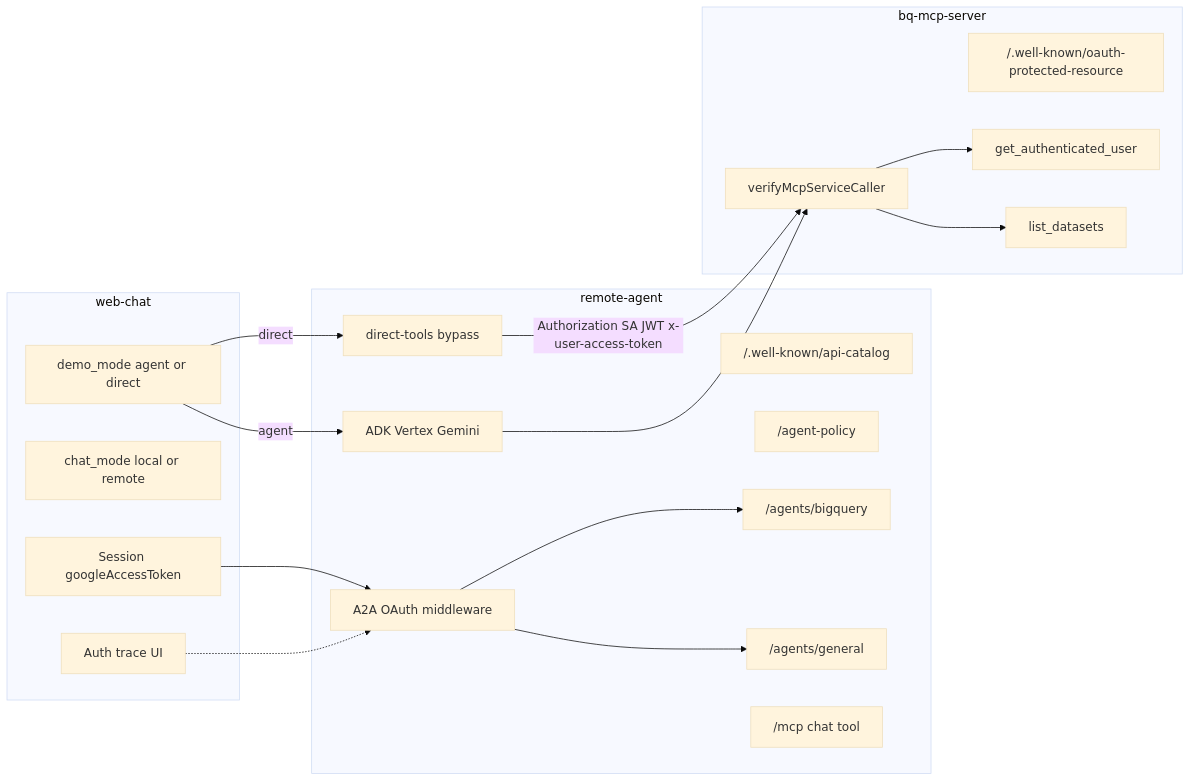
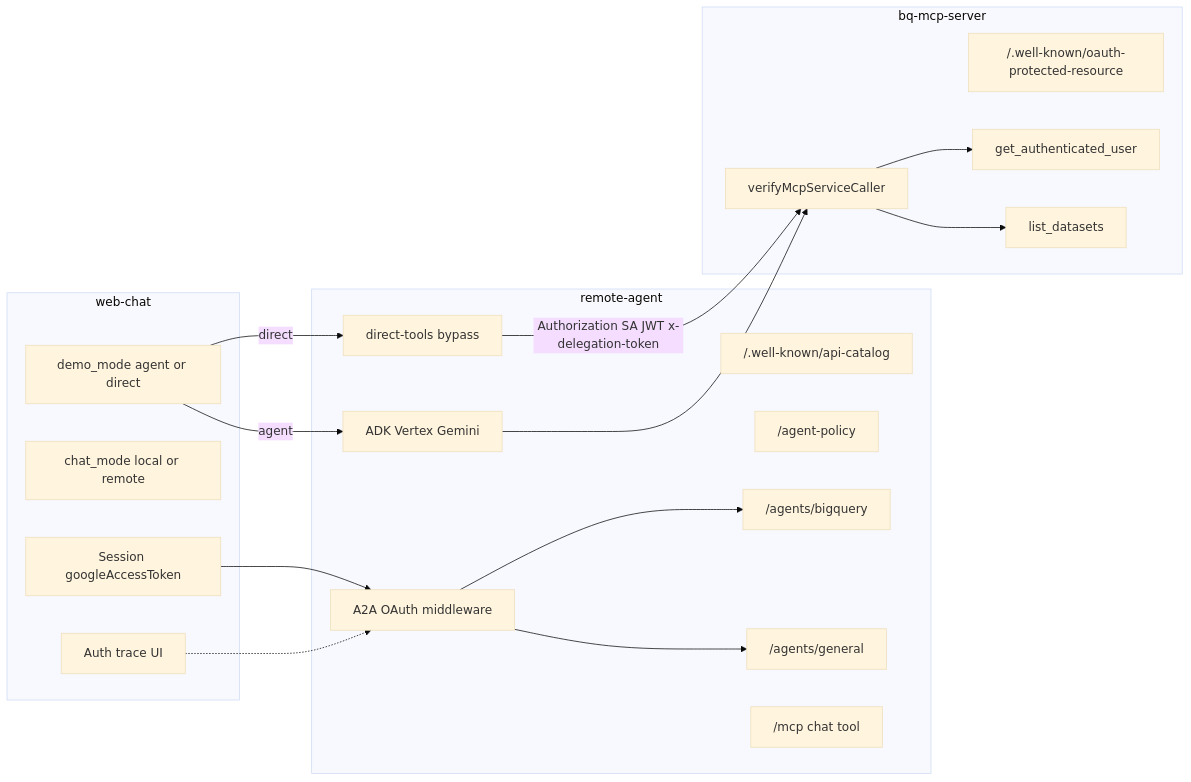
Before and after one commit to yu-iskw/agent-platform-demo: the second of 7 diagrams in docs/report.ja.md, drawn with Mermaid (base theme). The commit also changed other lines of this file and 37 other files, not shown here.

First line of the commit message:
feat(auth): delegation JWT hop exchange and simplified auth proof UX

````diff
--- a/docs/report.ja.md
+++ b/docs/report.ja.md
@@ -104,38 +104,38 @@
 ```mermaid
 flowchart LR
   subgraph webChat [web-chat]
     OAuthSession[Session googleAccessToken]
     ChatMode[chat_mode local or remote]
     DemoMode[demo_mode agent or direct]
     AuthTrace[Auth trace UI]
   end
 
   subgraph remoteAgent [remote-agent]
     Catalog["/.well-known/api-catalog"]
     Policy["/agent-policy"]
     A2AMw[A2A OAuth middleware]
     BQAgent["/agents/bigquery"]
     GenAgent["/agents/general"]
     DirectTools[direct-tools bypass]
     ADK[ADK Vertex Gemini]
     AgentMCP["/mcp chat tool"]
   end
 
   subgraph bqMcp [bq-mcp-server]
     PRM["/.well-known/oauth-protected-resource"]
     McpAuth[verifyMcpServiceCaller]
     ToolUser[get_authenticated_user]
     ToolList[list_datasets]
   end
 
   OAuthSession --> A2AMw
   DemoMode -->|direct| DirectTools
   DemoMode -->|agent| ADK
   A2AMw --> BQAgent
   A2AMw --> GenAgent
-  DirectTools -->|"Authorization SA JWT x-user-access-token"| McpAuth
+  DirectTools -->|"Authorization SA JWT x-delegation-token"| McpAuth
   ADK --> McpAuth
   McpAuth --> ToolUser
   McpAuth --> ToolList
   AuthTrace -.-> A2AMw
 ```
````
